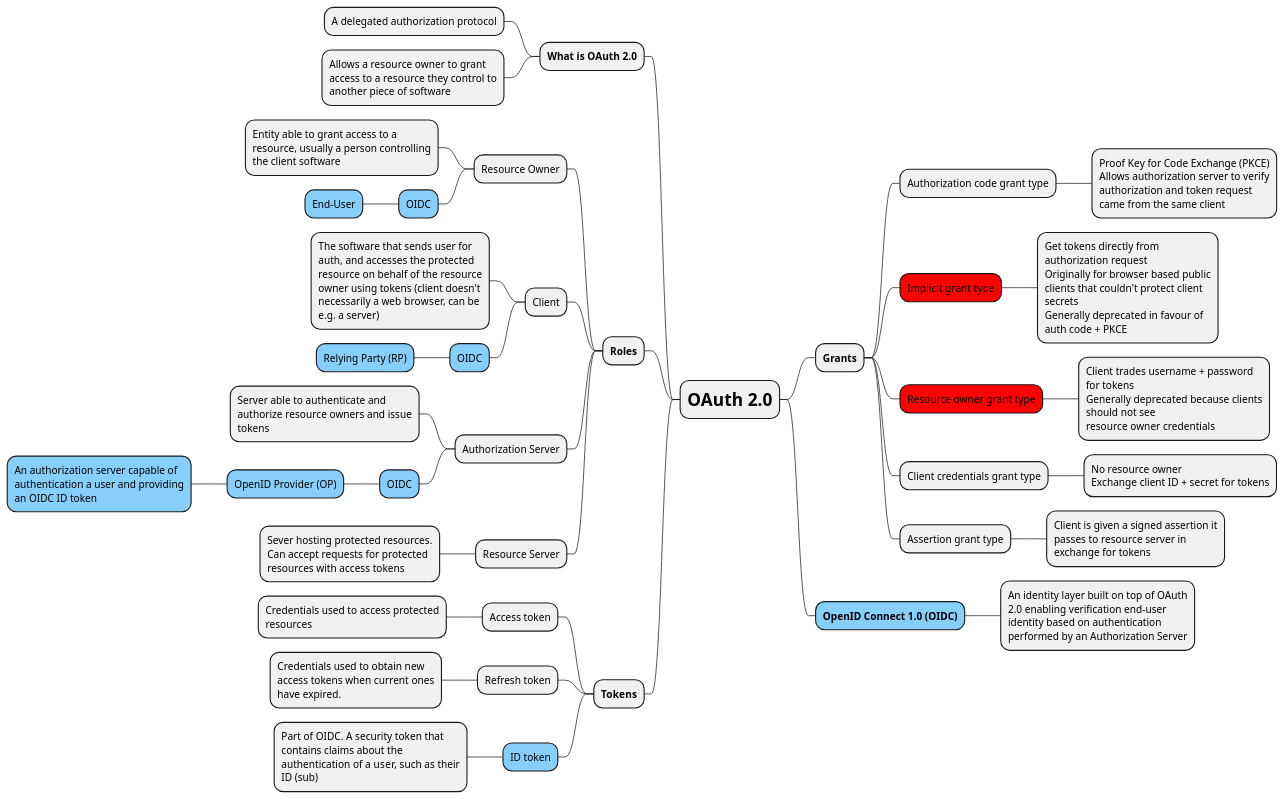
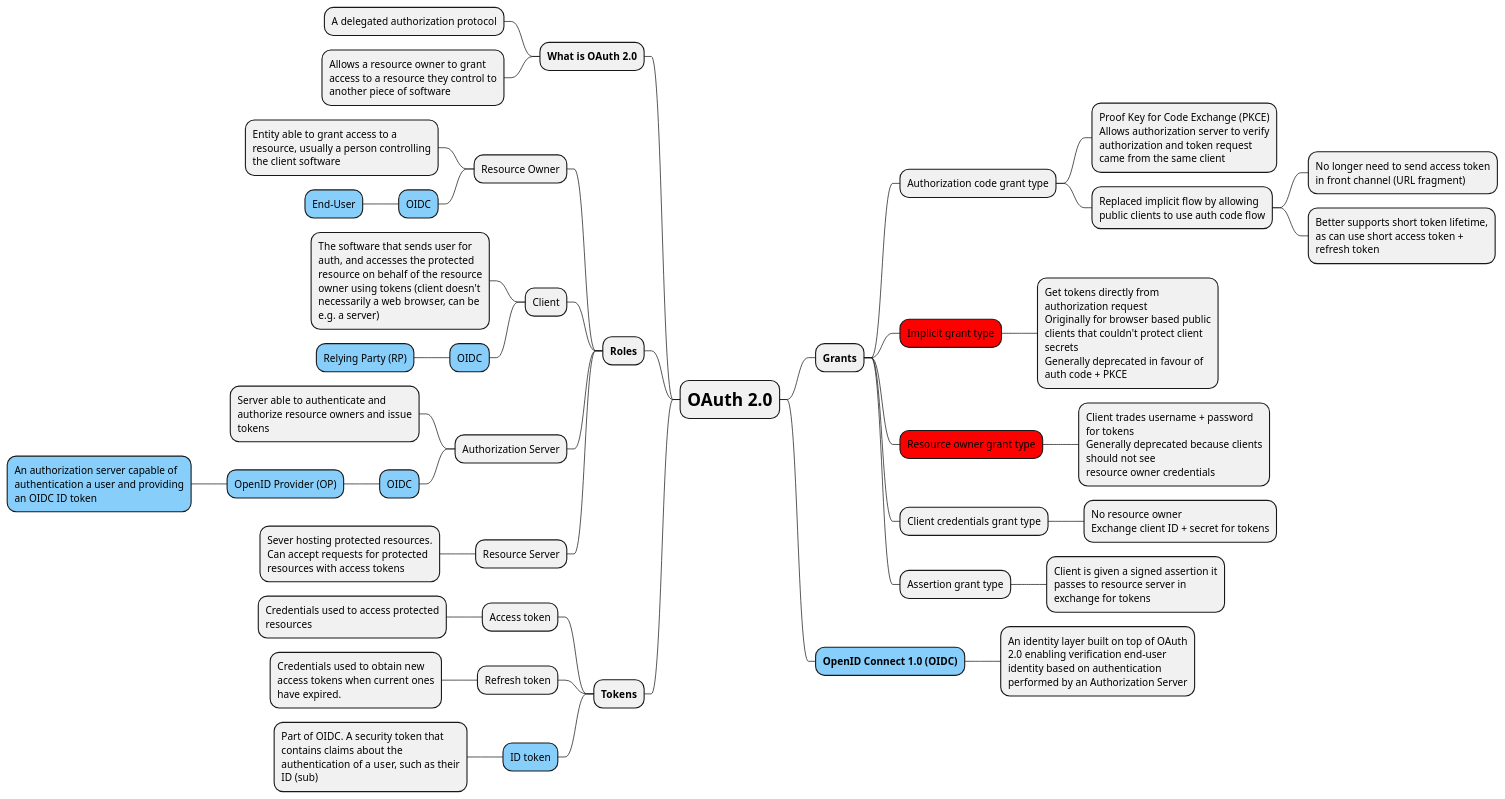
Before and after one commit to hwride/auth: the diagram in oauth/oauth.puml, drawn with PlantUML.

Commit message:
PKCE notes

```diff
--- a/oauth/oauth.puml
+++ b/oauth/oauth.puml
@@ -1,60 +1,63 @@
 @startmindmap
 
 <style>
 node {
     MaximumWidth 250
 }
 </style>
 
 * <size:24><b>OAuth 2.0</b></size>
 ** <b>Grants</b>
 *** Authorization code grant type
 ****:Proof Key for Code Exchange (PKCE)
 Allows authorization server to verify authorization and token request came from the same client;
+**** Replaced implicit flow by allowing public clients to use auth code flow
+***** No longer need to send access token in front channel (URL fragment)
+***** Better supports short token lifetime, as can use short access token + refresh token
 ***[#red] Implicit grant type
 ****:Get tokens directly from authorization request
 Originally for browser based public clients that couldn't protect client secrets
 Generally deprecated in favour of auth code + PKCE;
 ***[#red] Resource owner grant type
 ****:Client trades username + password for tokens
 Generally deprecated because clients should not see
 resource owner credentials;
 *** Client credentials grant type
 **** No resource owner\nExchange client ID + secret for tokens
 *** Assertion grant type
 **** Client is given a signed assertion it passes to resource server in exchange for tokens
 
 **[#LightSkyBlue] <b>OpenID Connect 1.0 (OIDC)</b>
 *** An identity layer built on top of OAuth 2.0 enabling verification end-user identity based on authentication performed by an Authorization Server
 
 left side
 
 ** <b>What is OAuth 2.0</b>
 *** A delegated authorization protocol
 *** Allows a resource owner to grant access to a resource they control to another piece of software
 
 ** <b>Roles</b>
 *** Resource Owner
 **** Entity able to grant access to a resource, usually a person controlling the client software
 ****[#LightSkyBlue] OIDC
 *****[#LightSkyBlue] End-User
 *** Client
 **** The software that sends user for auth, and accesses the protected resource on behalf of the resource owner using tokens (client doesn't necessarily a web browser, can be e.g. a server)
 ****[#LightSkyBlue] OIDC
 *****[#LightSkyBlue] Relying Party (RP)
 *** Authorization Server
 **** Server able to authenticate and authorize resource owners and issue tokens
 ****[#LightSkyBlue] OIDC
 *****[#LightSkyBlue] OpenID Provider (OP)
 ******[#LightSkyBlue] An authorization server capable of authentication a user and providing an OIDC ID token
 *** Resource Server
 **** Sever hosting protected resources. Can accept requests for protected resources with access tokens
 
 ** <b>Tokens</b>
 *** Access token
 **** Credentials used to access protected resources
 *** Refresh token
 **** Credentials used to obtain new access tokens when current ones have expired.
 ***[#LightSkyBlue] ID token
 **** Part of OIDC. A security token that contains claims about the authentication of a user, such as their ID (sub)
 @endmindmap
```
